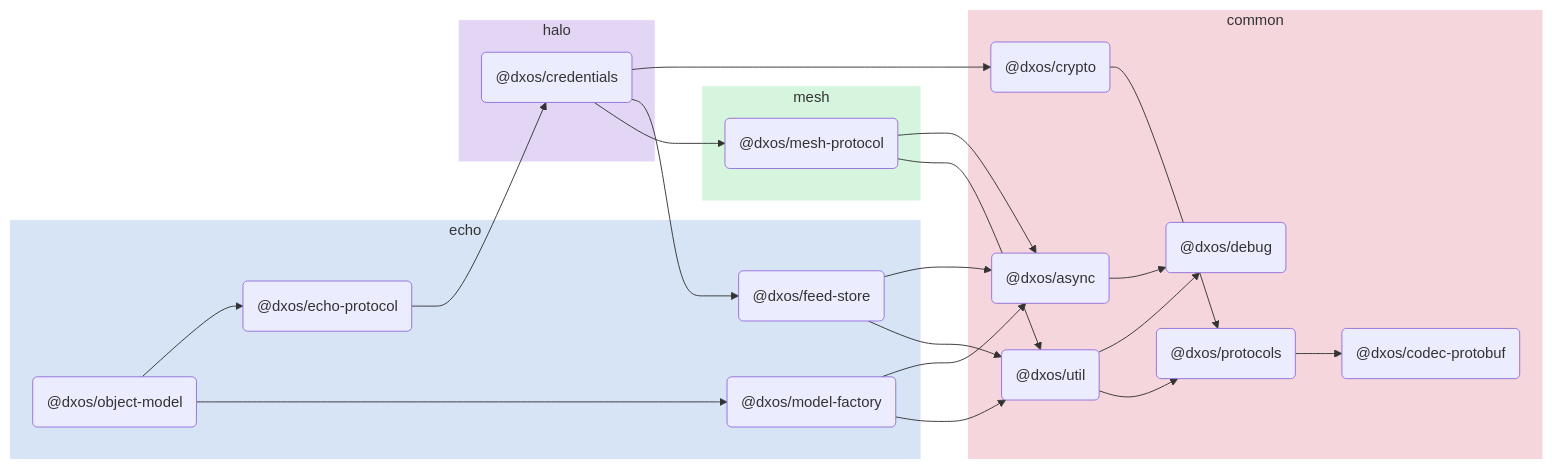
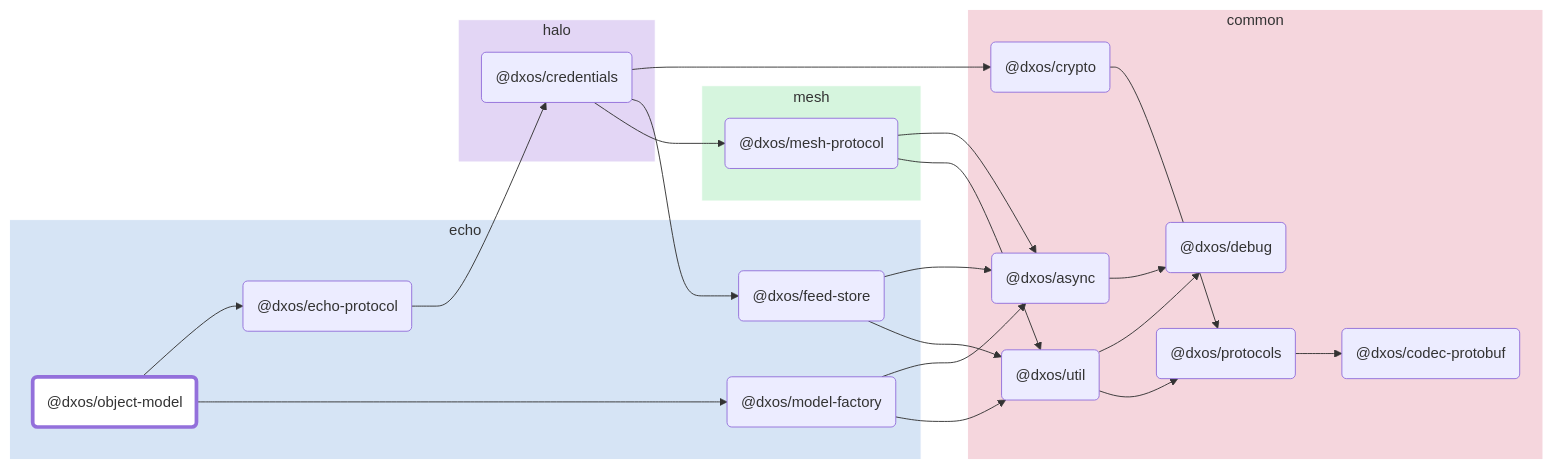
Before and after one commit to dxos/dxos: the diagram in packages/echo/object-model/docs/README.md, drawn with Mermaid. The commit also changed other lines of this file and 88 other files, not shown here.

````diff
--- a/packages/echo/object-model/docs/README.md
+++ b/packages/echo/object-model/docs/README.md
@@ -5,49 +7,62 @@
 ```mermaid
 flowchart LR;
+
+style dxos/object-model fill:#fff,stroke-width:4px;
+
+click dxos/async "https:/github.com/dxos/dxos/tree/main/packages/common/async/docs";
+click dxos/debug "https:/github.com/dxos/dxos/tree/main/packages/common/debug/docs";
+click dxos/codec-protobuf "https:/github.com/dxos/dxos/tree/main/packages/common/codec-protobuf/docs";
+click dxos/echo-protocol "https:/github.com/dxos/dxos/tree/main/packages/echo/echo-protocol/docs";
+click dxos/credentials "https:/github.com/dxos/dxos/tree/main/packages/halo/credentials/docs";
+click dxos/crypto "https:/github.com/dxos/dxos/tree/main/packages/common/crypto/docs";
+click dxos/feed-store "https:/github.com/dxos/dxos/tree/main/packages/echo/feed-store/docs";
+click dxos/protocols "https:/github.com/dxos/dxos/tree/main/packages/common/protocols/docs";
+click dxos/util "https:/github.com/dxos/dxos/tree/main/packages/common/util/docs";
+click dxos/model-factory "https:/github.com/dxos/dxos/tree/main/packages/echo/model-factory/docs";
 
 subgraph echo
   style echo fill:#d6e4f5,stroke:#fff;
   dxos/object-model("@dxos/object-model");
   dxos/echo-protocol("@dxos/echo-protocol");
   dxos/feed-store("@dxos/feed-store");
   dxos/model-factory("@dxos/model-factory");
 end
 
 subgraph common
   style common fill:#f5d6dd,stroke:#fff;
   dxos/async("@dxos/async");
   dxos/debug("@dxos/debug");
   dxos/codec-protobuf("@dxos/codec-protobuf");
   dxos/crypto("@dxos/crypto");
   dxos/protocols("@dxos/protocols");
   dxos/util("@dxos/util");
 end
 
 subgraph halo
   style halo fill:#e3d6f5,stroke:#fff;
   dxos/credentials("@dxos/credentials");
 end
 
 subgraph mesh
   style mesh fill:#d6f5de,stroke:#fff;
   dxos/mesh-protocol("@dxos/mesh-protocol");
 end
 
 dxos/async --> dxos/debug;
 dxos/object-model --> dxos/echo-protocol;
 dxos/echo-protocol --> dxos/credentials;
 dxos/credentials --> dxos/crypto;
 dxos/crypto --> dxos/protocols;
 dxos/protocols --> dxos/codec-protobuf;
 dxos/credentials --> dxos/feed-store;
 dxos/feed-store --> dxos/async;
 dxos/feed-store --> dxos/util;
 dxos/util --> dxos/debug;
 dxos/util --> dxos/protocols;
 dxos/credentials --> dxos/mesh-protocol;
 dxos/mesh-protocol --> dxos/async;
 dxos/mesh-protocol --> dxos/util;
 dxos/object-model --> dxos/model-factory;
 dxos/model-factory --> dxos/async;
 dxos/model-factory --> dxos/util;
 ```
````
